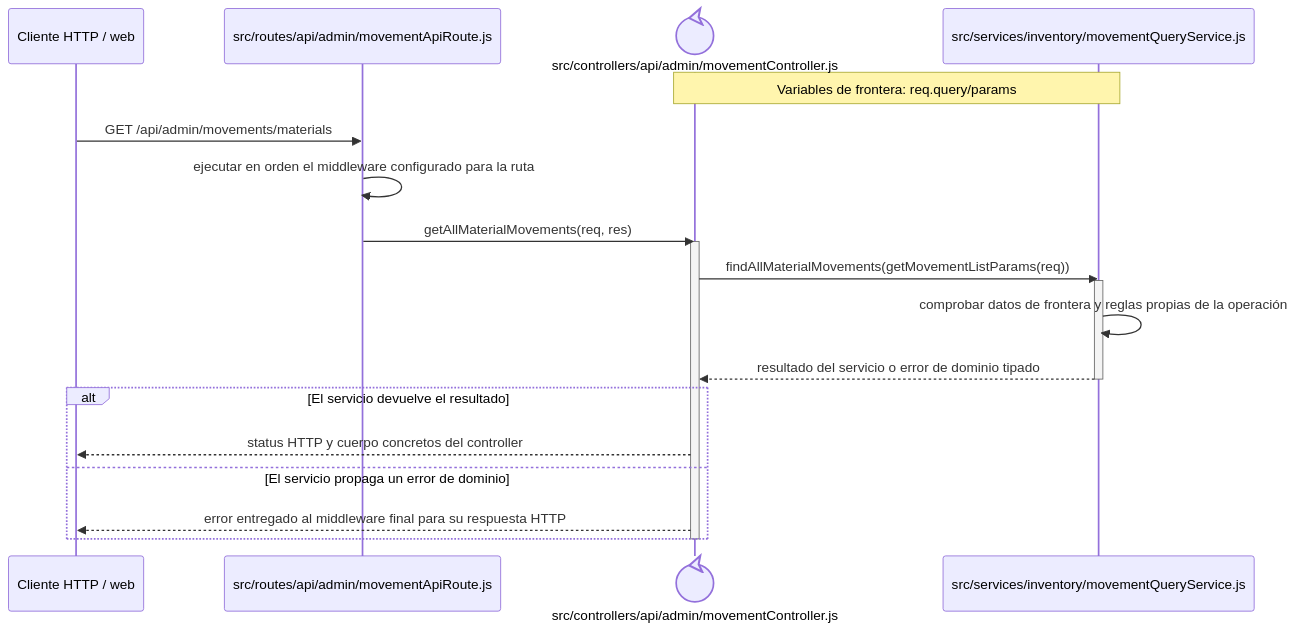
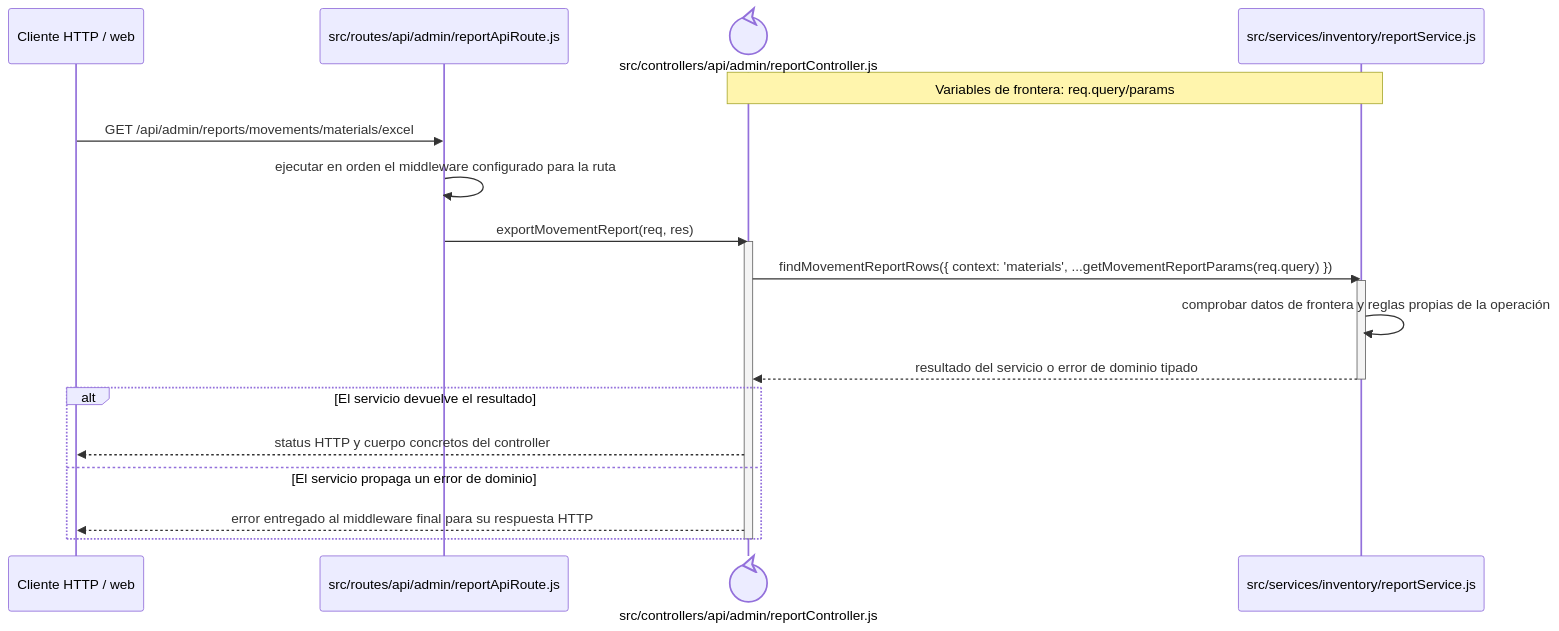
Before and after one commit to gpgsistemas01/nexus: the diagram in docs/architecture/backend-code-sequences/catalogs/cu-cat-08.md, drawn with Mermaid. The commit also changed other lines of this file and 207 other files, not shown here.

````diff
--- a/docs/architecture/backend-code-sequences/catalogs/cu-cat-08.md
+++ b/docs/architecture/backend-code-sequences/catalogs/cu-cat-08.md
@@ -6,24 +6,24 @@
 ```mermaid
 sequenceDiagram
     participant Client as Cliente HTTP / web
-    participant Route as src/routes/api/admin/movementApiRoute.js
-    participant Controller@{ "type": "control" } as src/controllers/api/admin/movementController.js
-    participant Domain as src/services/inventory/movementQueryService.js
+    participant Route as src/routes/api/admin/reportApiRoute.js
+    participant Controller@{ "type": "control" } as src/controllers/api/admin/reportController.js
+    participant Domain as src/services/inventory/reportService.js
     Note over Controller,Domain: Variables de frontera: req.query/params
 
-    Client->>Route: GET /api/admin/movements/materials
+    Client->>Route: GET /api/admin/reports/movements/materials/excel
     Route->>Route: ejecutar en orden el middleware configurado para la ruta
-    Route->>Controller: getAllMaterialMovements(req, res)
+    Route->>Controller: exportMovementReport(req, res)
     activate Controller
-    Controller->>Domain: findAllMaterialMovements(getMovementListParams(req))
+    Controller->>Domain: findMovementReportRows({ context: 'materials', ...getMovementReportParams(req.query) })
     activate Domain
     Domain->>Domain: comprobar datos de frontera y reglas propias de la operación
     Domain-->>Controller: resultado del servicio o error de dominio tipado
     deactivate Domain
     alt El servicio devuelve el resultado
         Controller-->>Client: status HTTP y cuerpo concretos del controller
     else El servicio propaga un error de dominio
         Controller-->>Client: error entregado al middleware final para su respuesta HTTP
     end
     deactivate Controller
 ```
````
